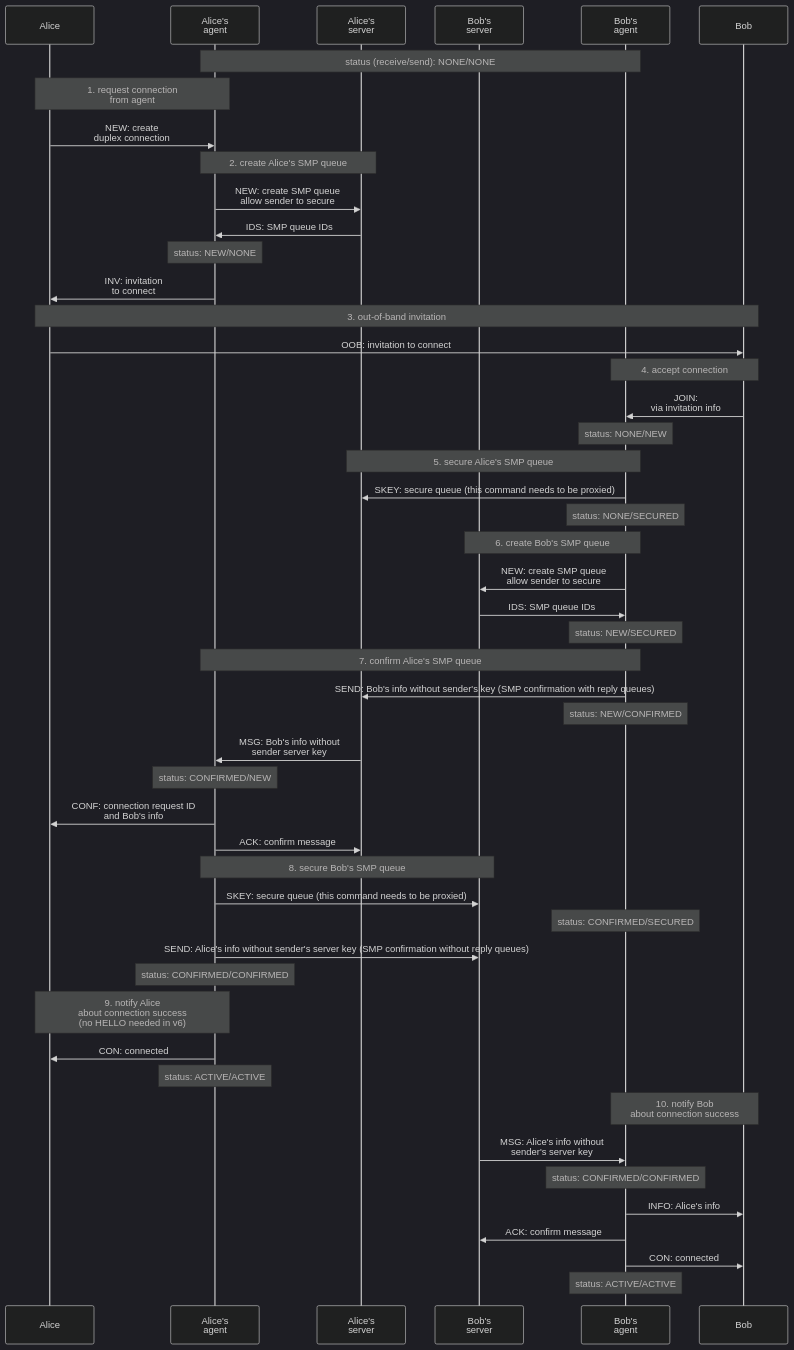
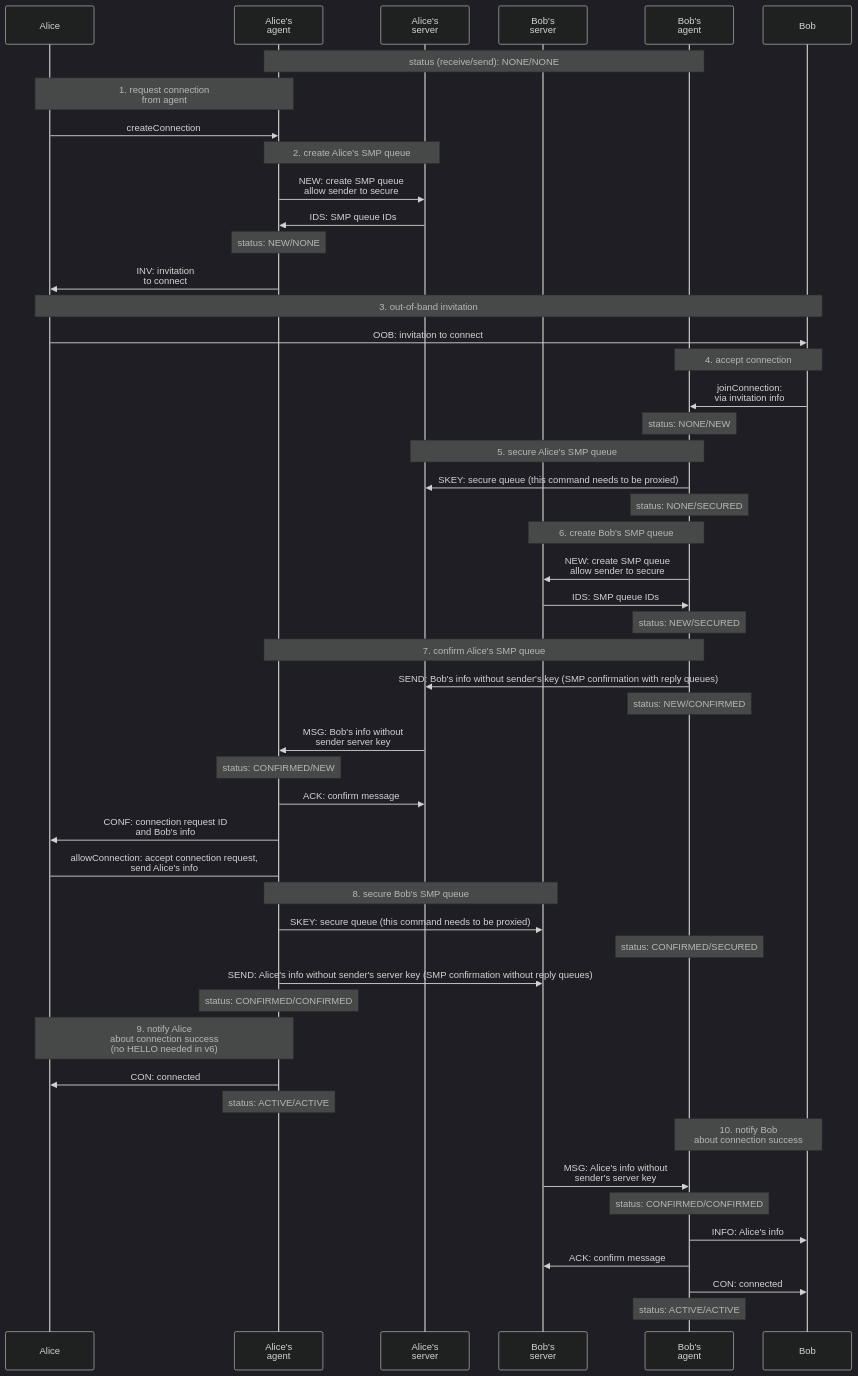
One commit to simplex-chat/simplexmq changed the diagram in protocol/diagrams/duplex-messaging/duplex-creating-fast.mmd. Above: the diagram before and after it, drawn with Mermaid (dark theme). The commit also changed 23 other files, not shown here.

```diff
--- a/protocol/diagrams/duplex-messaging/duplex-creating-fast.mmd
+++ b/protocol/diagrams/duplex-messaging/duplex-creating-fast.mmd
@@ -1,64 +1,65 @@
 sequenceDiagram
   participant A as Alice
   participant AA as Alice's<br>agent
   participant AS as Alice's<br>server
   participant BS as Bob's<br>server
   participant BA as Bob's<br>agent
   participant B as Bob
 
   note over AA, BA: status (receive/send): NONE/NONE
 
   note over A, AA: 1. request connection<br>from agent
-  A ->> AA: NEW: create<br>duplex connection
+  A ->> AA: createConnection
  
   note over AA, AS: 2. create Alice's SMP queue
   AA ->> AS: NEW: create SMP queue<br>allow sender to secure
   AS ->> AA: IDS: SMP queue IDs
   note over AA: status: NEW/NONE
 
   AA ->> A: INV: invitation<br>to connect
 
   note over A, B: 3. out-of-band invitation
   A ->> B: OOB: invitation to connect
 
   note over BA, B: 4. accept connection
-  B ->> BA: JOIN:<br>via invitation info
+  B ->> BA: joinConnection:<br>via invitation info
   note over BA: status: NONE/NEW
 
   note over BA, AS: 5. secure Alice's SMP queue
   BA ->> AS: SKEY: secure queue (this command needs to be proxied)
   note over BA: status: NONE/SECURED
 
   note over BA, BS: 6. create Bob's SMP queue
   BA ->> BS: NEW: create SMP queue<br>allow sender to secure
   BS ->> BA: IDS: SMP queue IDs
   note over BA: status: NEW/SECURED
 
   note over BA, AA: 7. confirm Alice's SMP queue
   BA ->> AS: SEND: Bob's info without sender's key (SMP confirmation with reply queues)
   note over BA: status: NEW/CONFIRMED
 
   AS ->> AA: MSG: Bob's info without<br>sender server key
   note over AA: status: CONFIRMED/NEW
+  AA ->> AS: ACK: confirm message
   AA ->> A: CONF: connection request ID<br>and Bob's info
-  AA ->> AS: ACK: confirm message
-
+  A -> AA: allowConnection: accept connection request,<br>send Alice's info
+  
   note over AA, BS: 8. secure Bob's SMP queue
   AA ->> BS: SKEY: secure queue (this command needs to be proxied)
   note over BA: status: CONFIRMED/SECURED
 
   AA ->> BS: SEND: Alice's info without sender's server key (SMP confirmation without reply queues)
   note over AA: status: CONFIRMED/CONFIRMED
 
   note over AA, A: 9. notify Alice<br>about connection success<br>(no HELLO needed in v6)
   AA ->> A: CON: connected
   note over AA: status: ACTIVE/ACTIVE
 
   note over BA, B: 10. notify Bob<br>about connection success
   BS ->> BA: MSG: Alice's info without<br>sender's server key
   note over BA: status: CONFIRMED/CONFIRMED
   BA ->> B: INFO: Alice's info
   BA ->> BS: ACK: confirm message
 
   BA ->> B: CON: connected
   note over BA: status: ACTIVE/ACTIVE
```
